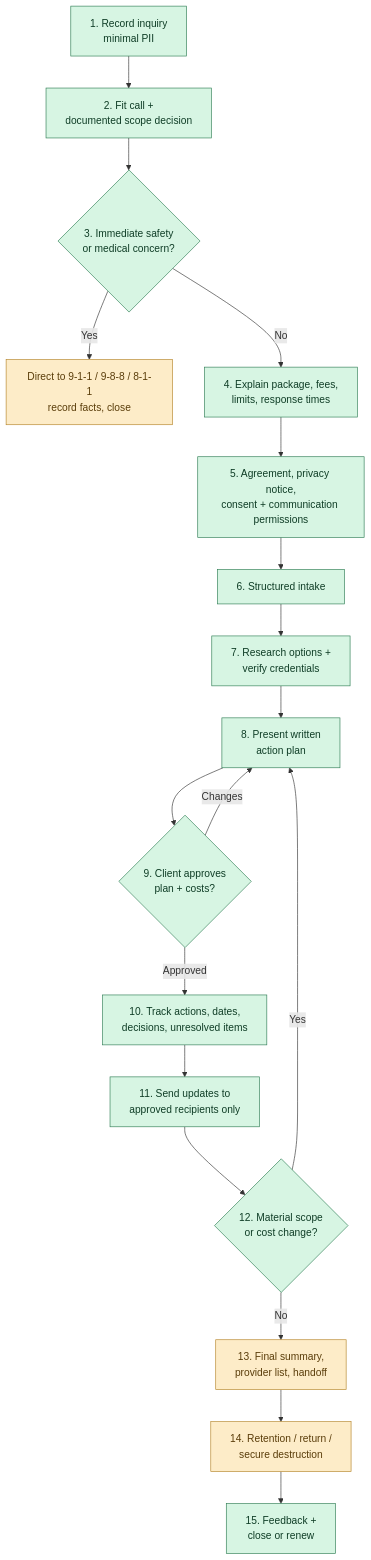
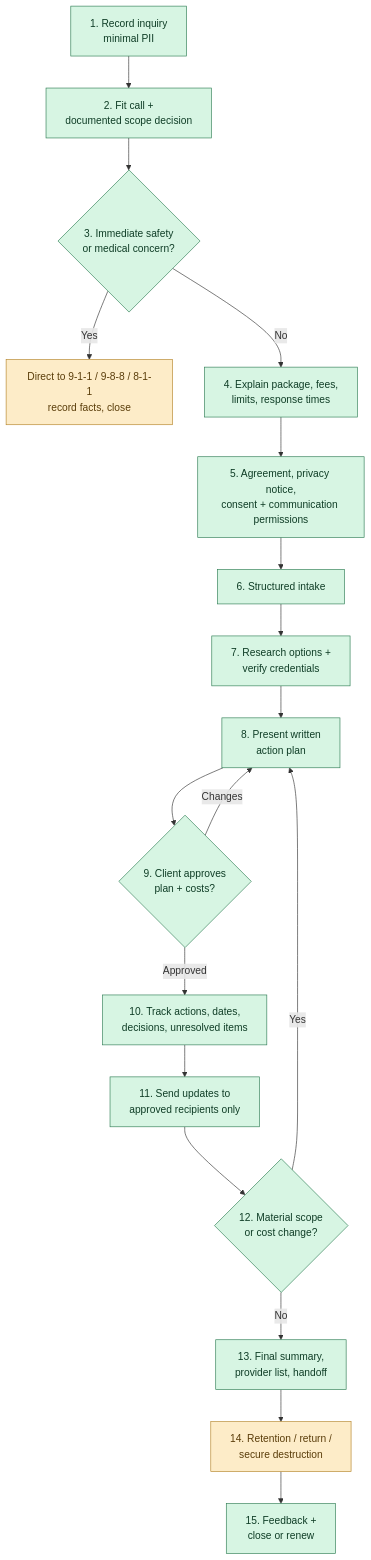
The diagram in Project_Operating_System.md (Yruhere1974/Fixer), drawn with Mermaid before and after one commit. The commit also changed other lines of this file and 12 other files, not shown here.

````diff
--- a/Project_Operating_System.md
+++ b/Project_Operating_System.md
@@ -478,24 +478,24 @@
 ```mermaid
 flowchart TD
     S1[1. Record inquiry<br/>minimal PII]:::ok --> S2[2. Fit call +<br/>documented scope decision]:::ok
     S2 --> S3{3. Immediate safety<br/>or medical concern?}:::ok
     S3 -- Yes --> E[Direct to 9-1-1 / 9-8-8 / 8-1-1<br/>record facts, close]:::partial
     S3 -- No --> S4[4. Explain package, fees,<br/>limits, response times]:::ok
     S4 --> S5[5. Agreement, privacy notice,<br/>consent + communication permissions]:::ok
     S5 --> S6[6. Structured intake]:::ok
     S6 --> S7[7. Research options +<br/>verify credentials]:::ok
     S7 --> S8[8. Present written<br/>action plan]:::ok
     S8 --> S9{9. Client approves<br/>plan + costs?}:::ok
     S9 -- Changes --> S8
     S9 -- Approved --> S10[10. Track actions, dates,<br/>decisions, unresolved items]:::ok
     S10 --> S11[11. Send updates to<br/>approved recipients only]:::ok
     S11 --> S12{12. Material scope<br/>or cost change?}:::ok
     S12 -- Yes --> S8
-    S12 -- No --> S13[13. Final summary,<br/>provider list, handoff]:::partial
+    S12 -- No --> S13[13. Final summary,<br/>provider list, handoff]:::ok
     S13 --> S14[14. Retention / return /<br/>secure destruction]:::partial
     S14 --> S15[15. Feedback +<br/>close or renew]:::ok
 
     classDef ok fill:#d7f5e3,stroke:#2f7d54,color:#0f3d26;
     classDef partial fill:#fdecc8,stroke:#b5852a,color:#5a3d0a;
     classDef notbuilt fill:#ffdad6,stroke:#ba1a1a,color:#7a0e0e;
 ```
````
